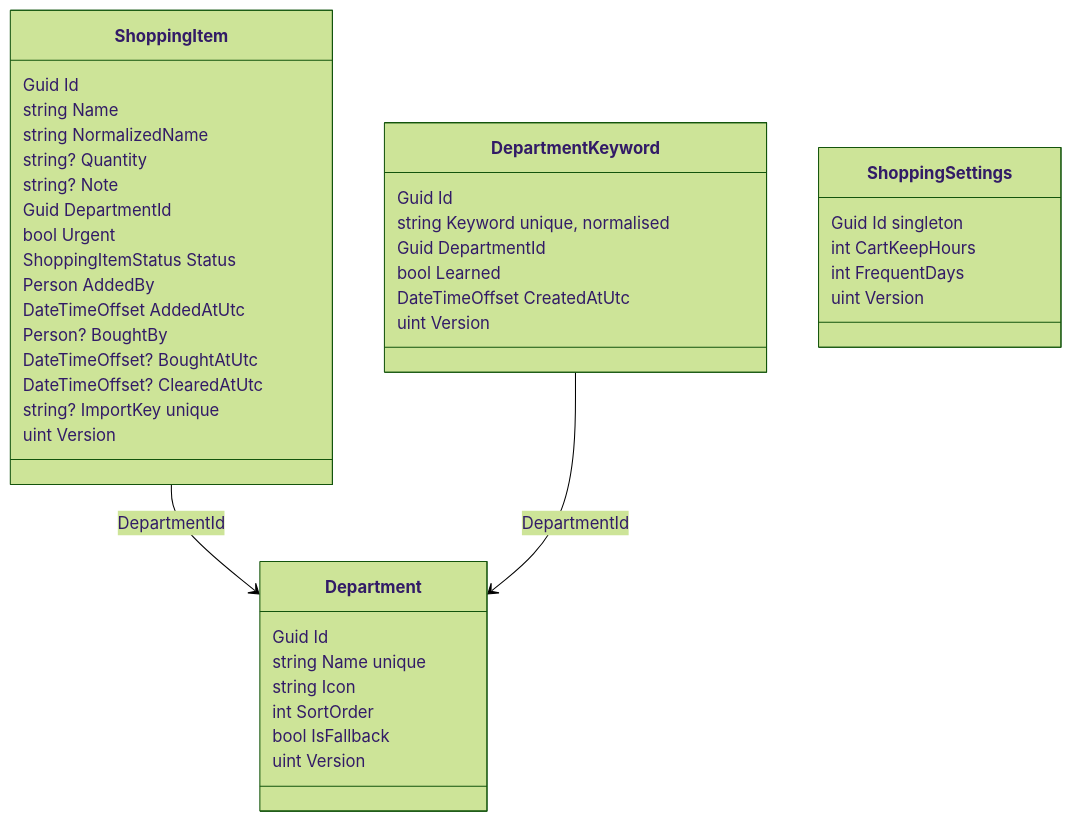
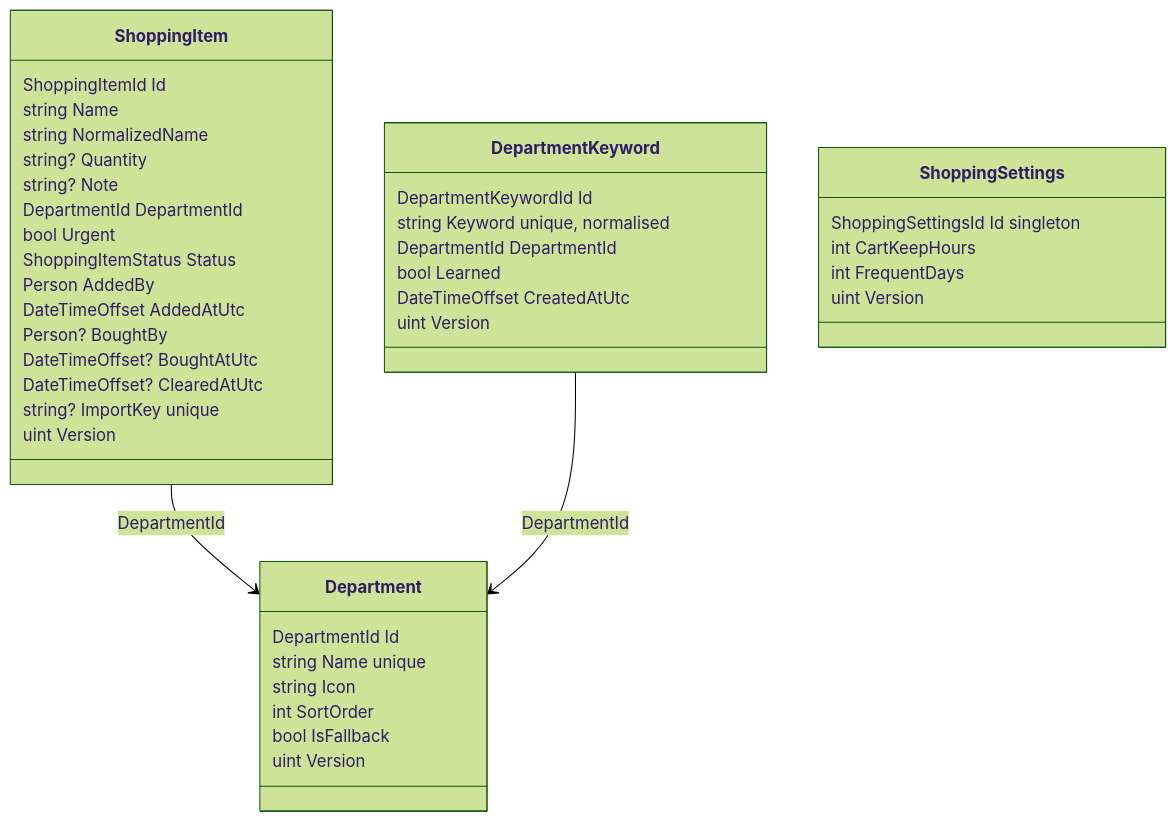
The diagram in api/docs/modules/shopping.md (Weretik/home-app), drawn with Mermaid (forest theme) before and after one commit. The commit also changed 219 other files, not shown here.

````diff
--- a/api/docs/modules/shopping.md
+++ b/api/docs/modules/shopping.md
@@ -16,44 +16,44 @@
 ```mermaid
 classDiagram
     class Department {
-        Guid Id
+        DepartmentId Id
         string Name  unique
         string Icon
         int SortOrder
         bool IsFallback
         uint Version
     }
     class DepartmentKeyword {
-        Guid Id
+        DepartmentKeywordId Id
         string Keyword  unique, normalised
-        Guid DepartmentId
+        DepartmentId DepartmentId
         bool Learned
         DateTimeOffset CreatedAtUtc
         uint Version
     }
     class ShoppingItem {
-        Guid Id
+        ShoppingItemId Id
         string Name
         string NormalizedName
         string? Quantity
         string? Note
-        Guid DepartmentId
+        DepartmentId DepartmentId
         bool Urgent
         ShoppingItemStatus Status
         Person AddedBy
         DateTimeOffset AddedAtUtc
         Person? BoughtBy
         DateTimeOffset? BoughtAtUtc
         DateTimeOffset? ClearedAtUtc
         string? ImportKey  unique
         uint Version
     }
     class ShoppingSettings {
-        Guid Id  singleton
+        ShoppingSettingsId Id  singleton
         int CartKeepHours
         int FrequentDays
         uint Version
     }
     ShoppingItem --> Department : DepartmentId
     DepartmentKeyword --> Department : DepartmentId
 ```
````
